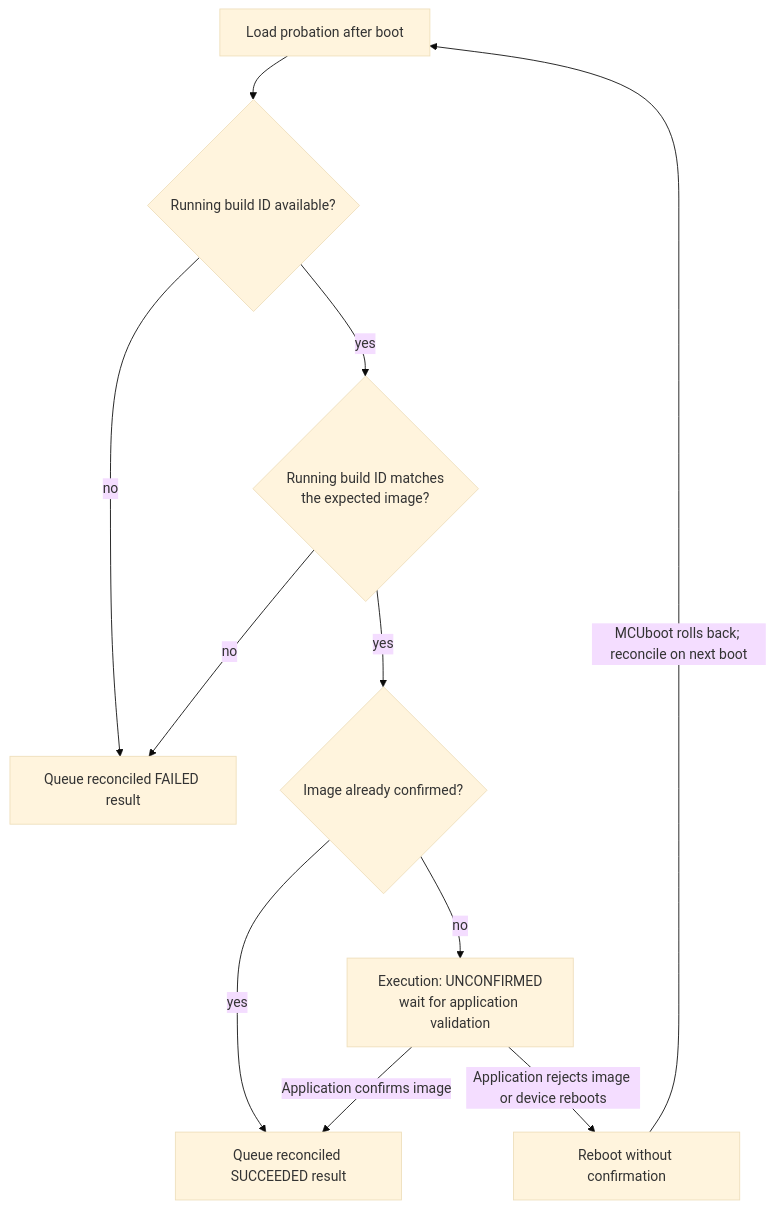
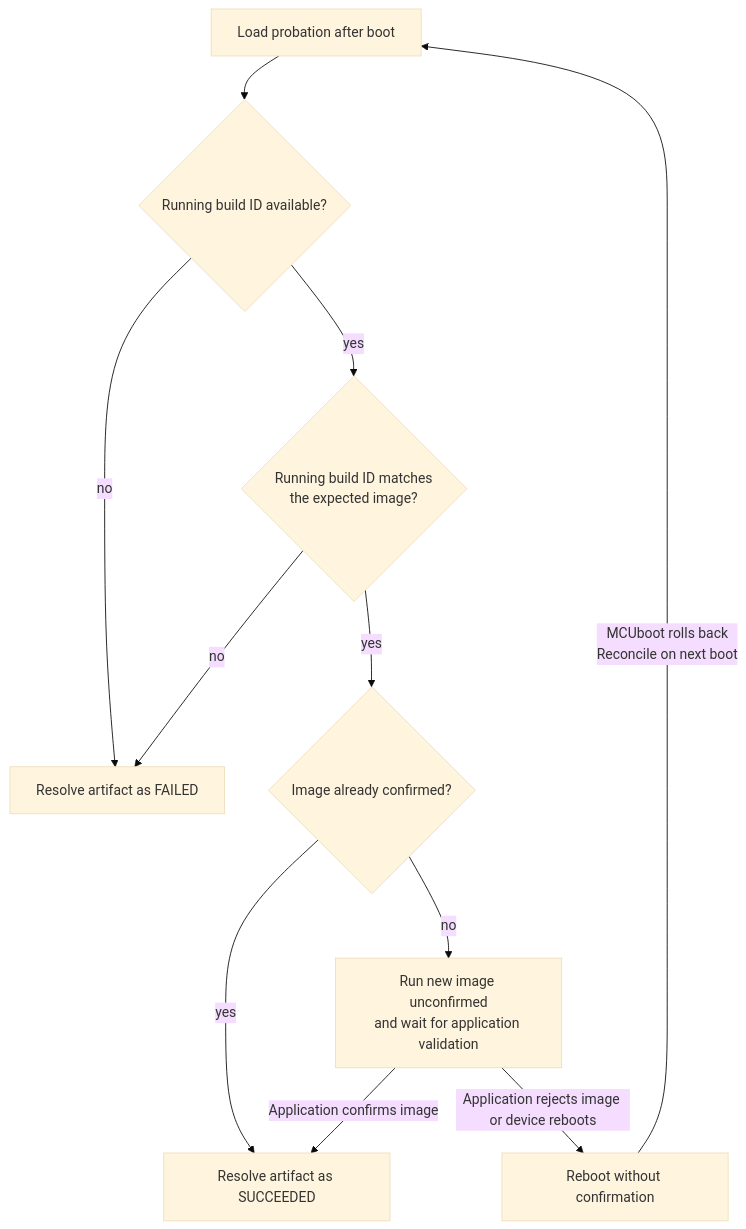
Before and after one commit to spotflow-io/device-sdk: the fifth of 10 diagrams in zephyr/docs/ota.md, drawn with Mermaid (base theme). The commit also changed other lines of this file, not shown here.

````diff
--- a/zephyr/docs/ota.md
+++ b/zephyr/docs/ota.md
@@ -379,22 +233,22 @@
 ```mermaid
 flowchart TD
     load["Load probation after boot"]
     identity{"Running build ID available?"}
     matches{"Running build ID matches<br/>the expected image?"}
     confirmed{"Image already confirmed?"}
-    unconfirmed["Execution: UNCONFIRMED<br/>wait for application validation"]
-    success["Queue reconciled SUCCEEDED result"]
-    failure["Queue reconciled FAILED result"]
+    unconfirmed["Run new image unconfirmed<br/>and wait for application validation"]
+    success["Resolve artifact as SUCCEEDED"]
+    failure["Resolve artifact as FAILED"]
     reboot["Reboot without confirmation"]
 
     load --> identity
     identity -- no --> failure
     identity -- yes --> matches
     matches -- no --> failure
     matches -- yes --> confirmed
     confirmed -- yes --> success
     confirmed -- no --> unconfirmed
     unconfirmed -->|"Application confirms image"| success
     unconfirmed -->|"Application rejects image or device reboots"| reboot
-    reboot -->|"MCUboot rolls back; reconcile on next boot"| load
+    reboot -->|"MCUboot rolls back<br/>Reconcile on next boot"| load
 ```
````
